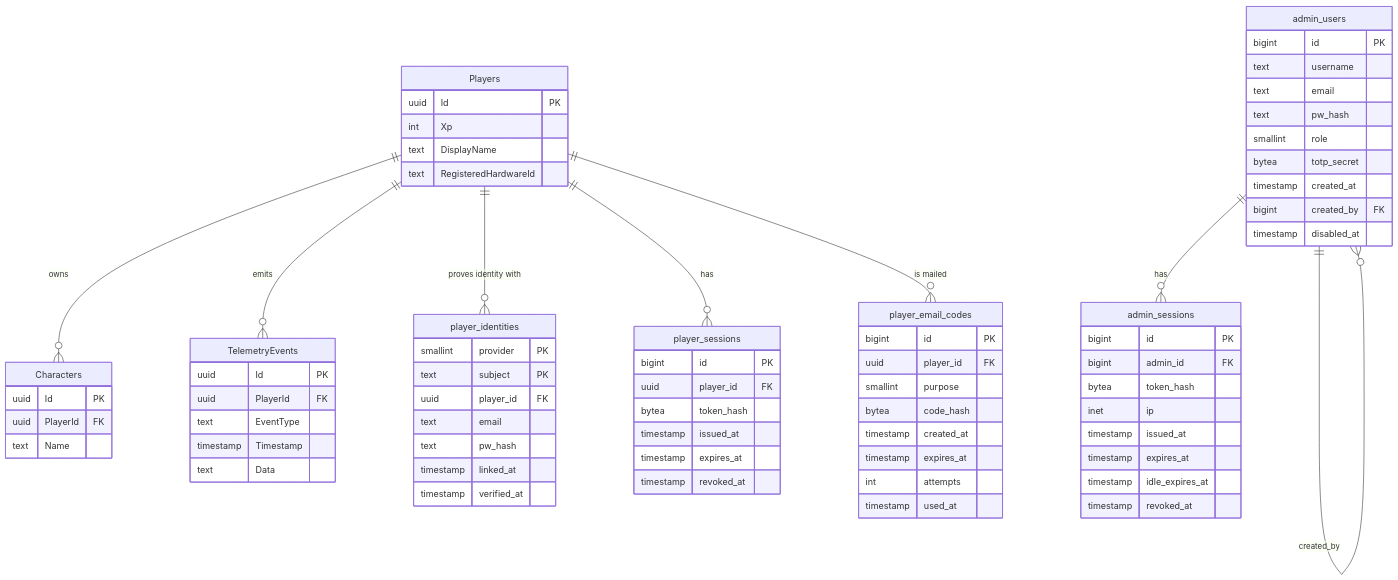
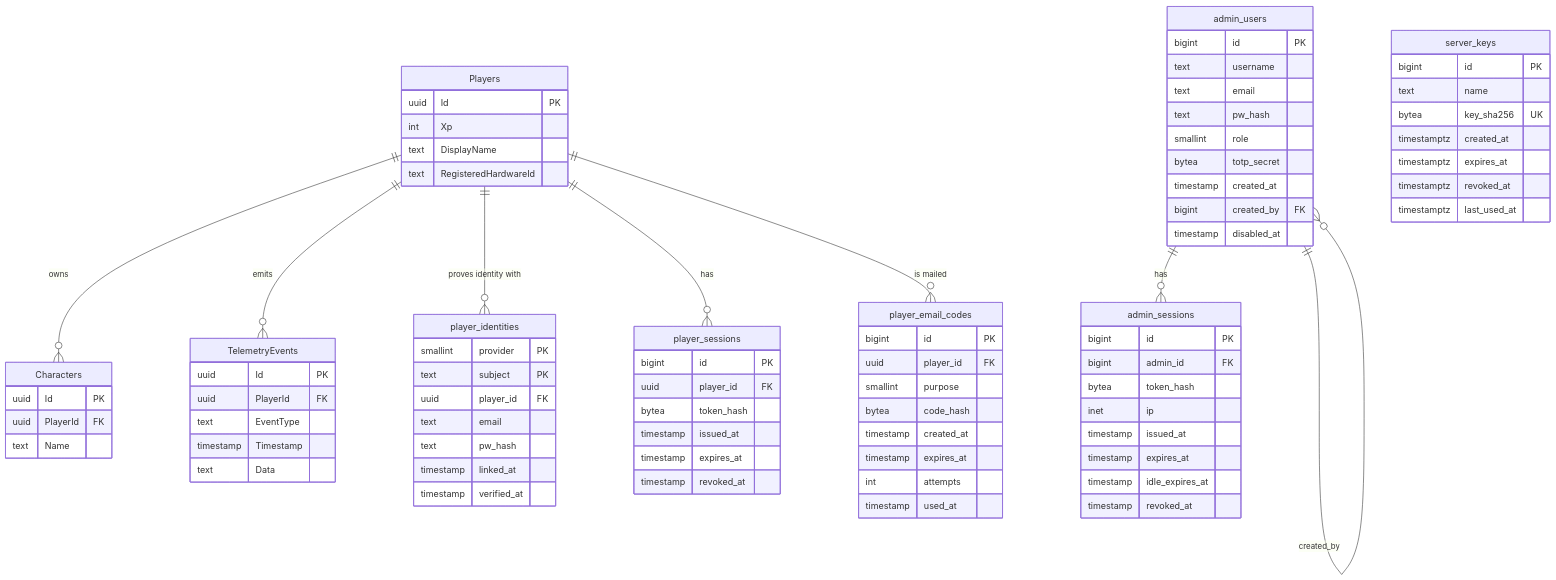
One commit to Bamboo01/Hakutaku changed the diagram in docs/components/database.md. Above: the diagram before and after it, drawn with Mermaid. The commit also changed other lines of this file and 37 other files, not shown here.

First line of the commit message:
Add server keys for game servers

````diff
--- a/docs/components/database.md
+++ b/docs/components/database.md
@@ -81,4 +81,13 @@
         timestamp idle_expires_at
         timestamp revoked_at
     }
+    server_keys {
+        bigint id PK
+        text name
+        bytea key_sha256 UK
+        timestamptz created_at
+        timestamptz expires_at
+        timestamptz revoked_at
+        timestamptz last_used_at
+    }
 ```
````
